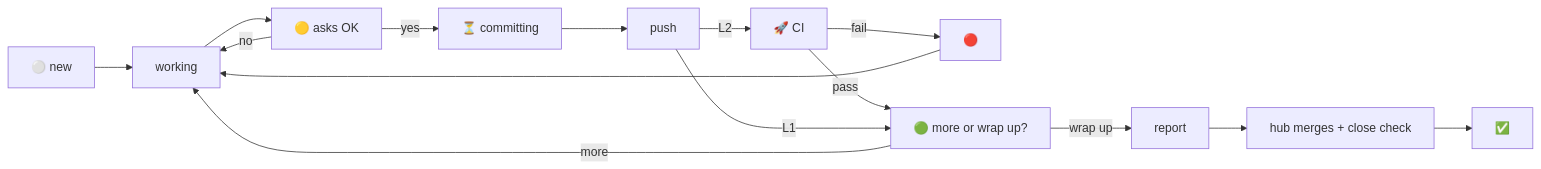
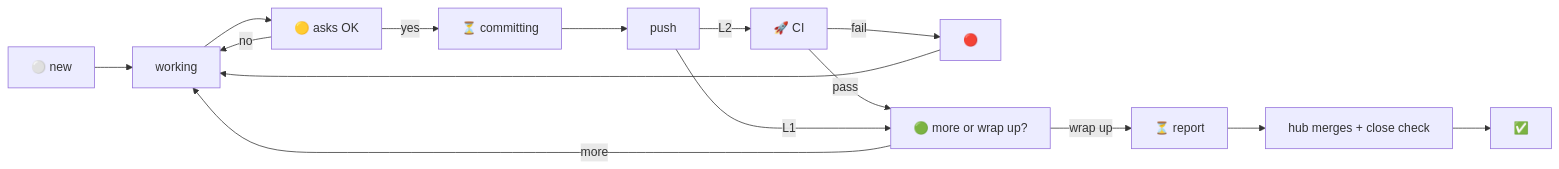
The first of 2 diagrams in README.md (jamaldeemer/chat-hub-core), drawn with Mermaid before and after one commit. The commit also changed other lines of this file and 5 other files, not shown here.

````diff
--- a/README.md
+++ b/README.md
@@ -59,17 +59,17 @@
 ```mermaid
 flowchart LR
   N["⚪ new"] --> W[working]
   W --> Y["🟡 asks OK"]
   Y -- yes --> C["⏳ committing"]
   Y -- no --> W
   C --> P[push]
   P -- L2 --> R["🚀 CI"]
   R -- fail --> F["🔴"]
   F --> W
   R -- pass --> Q["🟢 more or wrap up?"]
   P -- L1 --> Q
   Q -- more --> W
-  Q -- wrap up --> WR[report]
+  Q -- wrap up --> WR["⏳ report"]
   WR --> M[hub merges + close check]
   M --> D["✅"]
 ```
````
